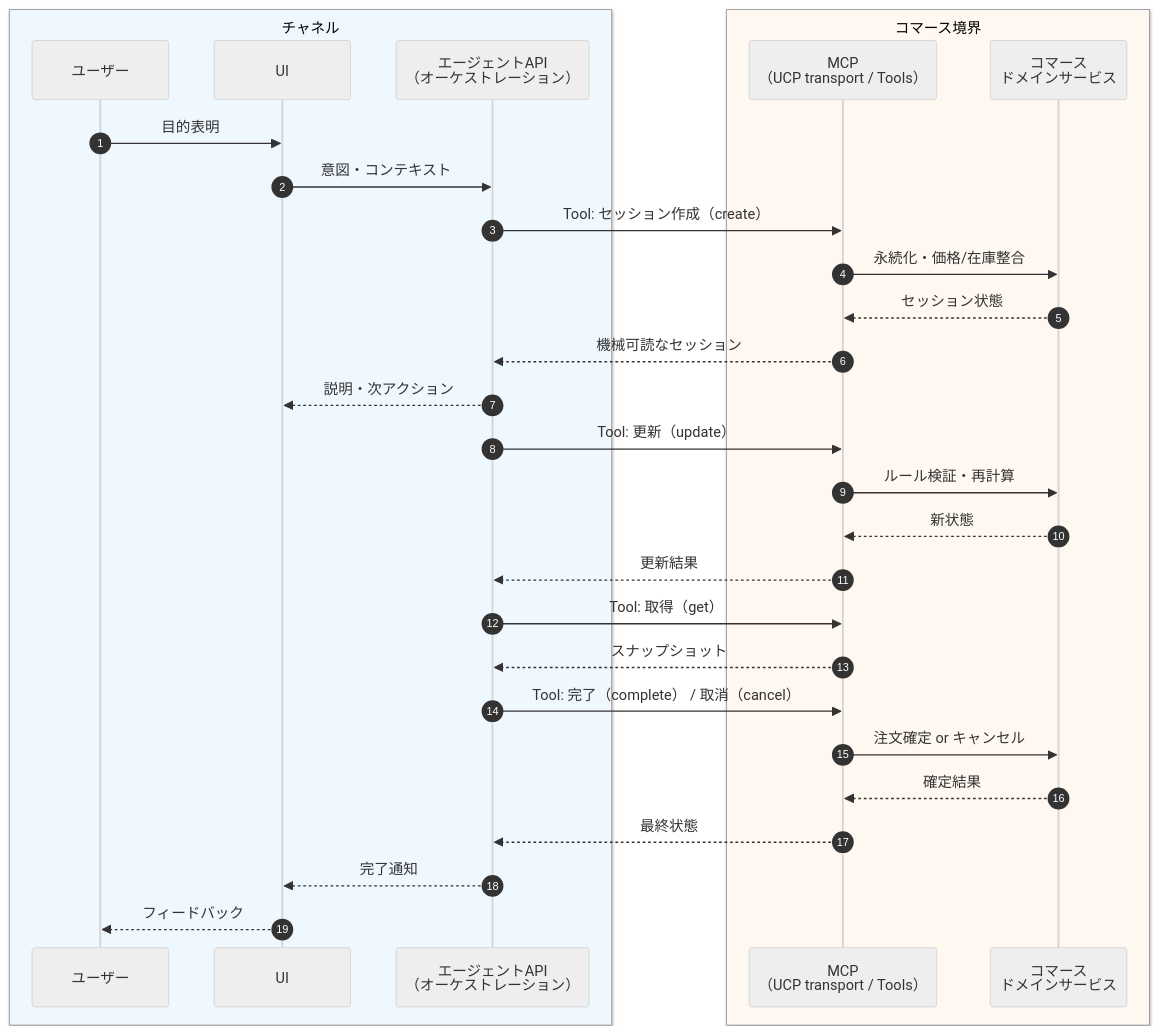
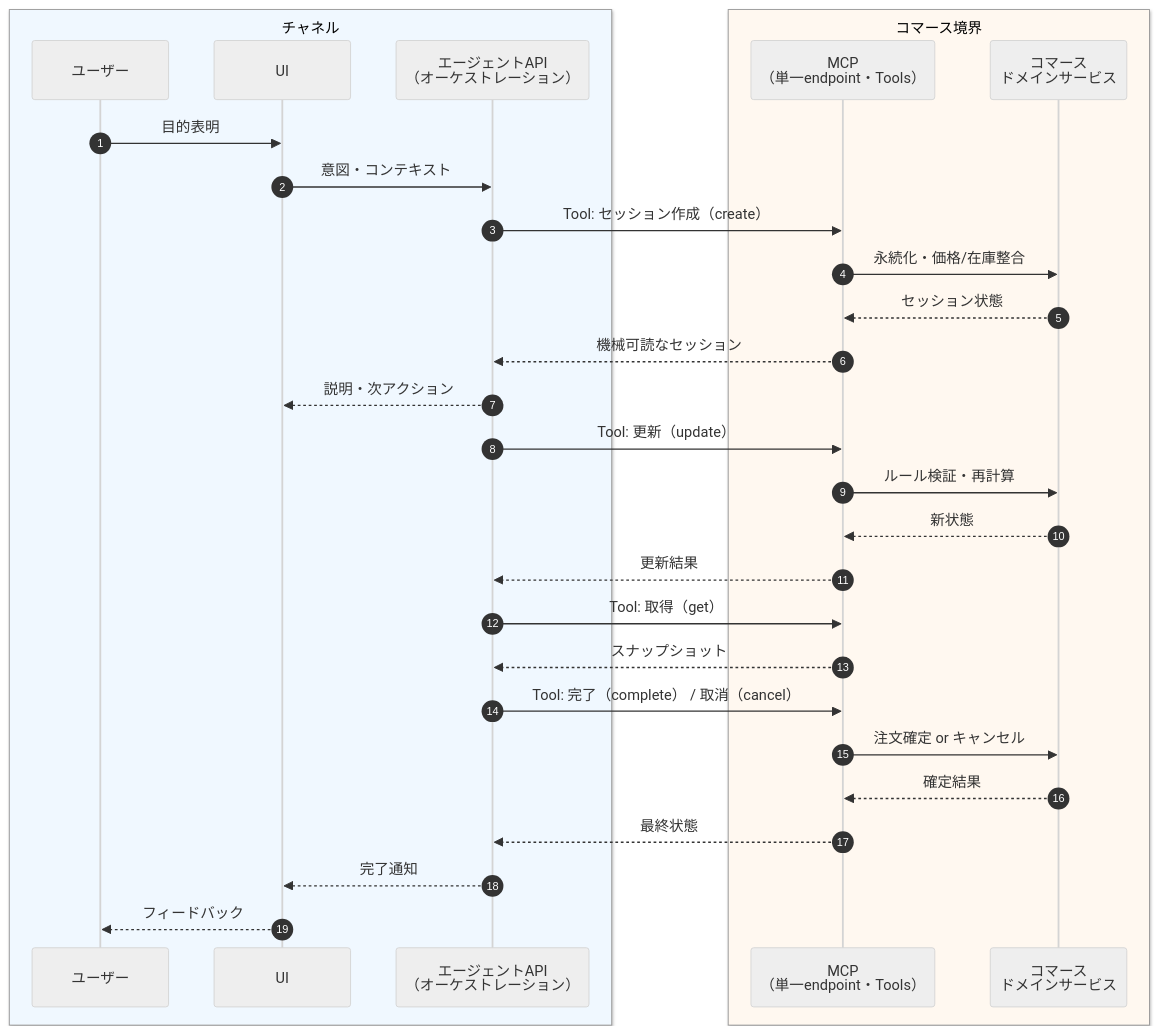
One commit to atakedemo/agent-commerce-research changed the fourth of 4 diagrams in demos/01-sample-ucp_ap2/docs/sequence.md. Above: the diagram before and after it, drawn with Mermaid (neutral theme). The commit also changed other lines of this file and 1 other file, not shown here.

````diff
--- a/demos/01-sample-ucp_ap2/docs/sequence.md
+++ b/demos/01-sample-ucp_ap2/docs/sequence.md
@@ -63,36 +159,36 @@
 ```mermaid
 sequenceDiagram
     autonumber
     box rgb(240,248,255) チャネル
         participant User as ユーザー
         participant UI as UI
         participant AgentAPI as エージェントAPI<br/>（オーケストレーション）
     end
     box rgb(255,248,240) コマース境界
-        participant MCP as MCP<br/>（UCP transport / Tools）
+        participant MCP as MCP<br/>（単一endpoint・Tools）
         participant Domain as コマース<br/>ドメインサービス
     end
 
     User->>UI: 目的表明
     UI->>AgentAPI: 意図・コンテキスト
     AgentAPI->>MCP: Tool: セッション作成（create）
     MCP->>Domain: 永続化・価格/在庫整合
     Domain-->>MCP: セッション状態
     MCP-->>AgentAPI: 機械可読なセッション
     AgentAPI-->>UI: 説明・次アクション
 
     AgentAPI->>MCP: Tool: 更新（update）
     MCP->>Domain: ルール検証・再計算
     Domain-->>MCP: 新状態
     MCP-->>AgentAPI: 更新結果
 
     AgentAPI->>MCP: Tool: 取得（get）
     MCP-->>AgentAPI: スナップショット
 
     AgentAPI->>MCP: Tool: 完了（complete） / 取消（cancel）
     MCP->>Domain: 注文確定 or キャンセル
     Domain-->>MCP: 確定結果
     MCP-->>AgentAPI: 最終状態
     AgentAPI-->>UI: 完了通知
     UI-->>User: フィードバック
 ```
````
